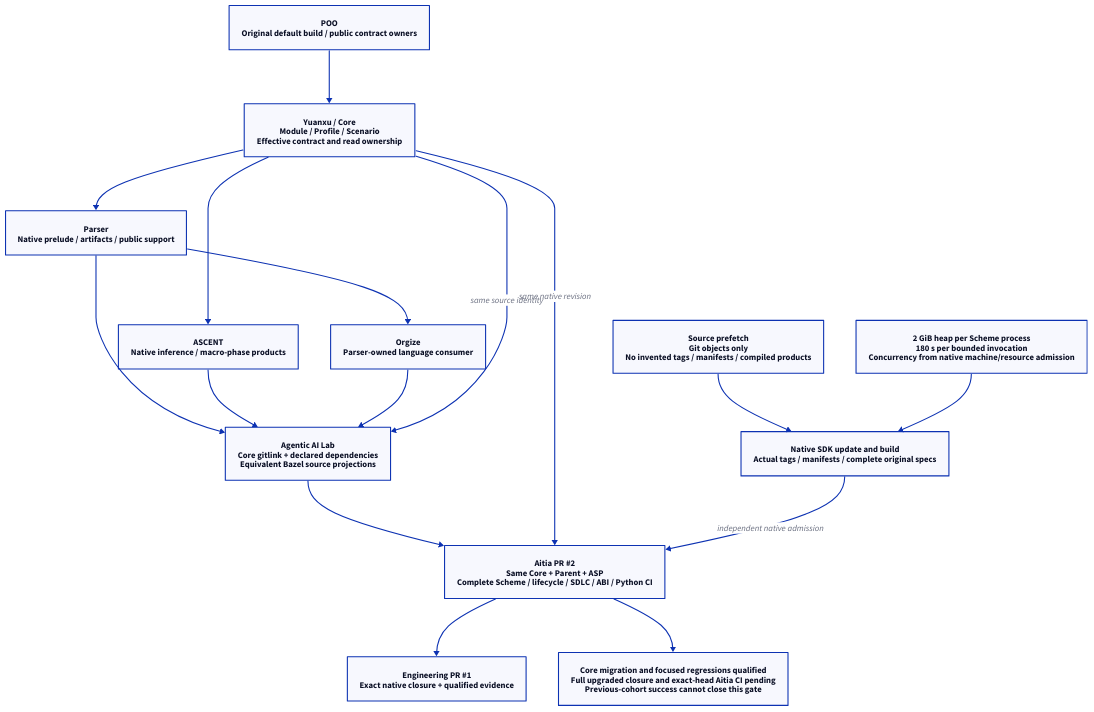
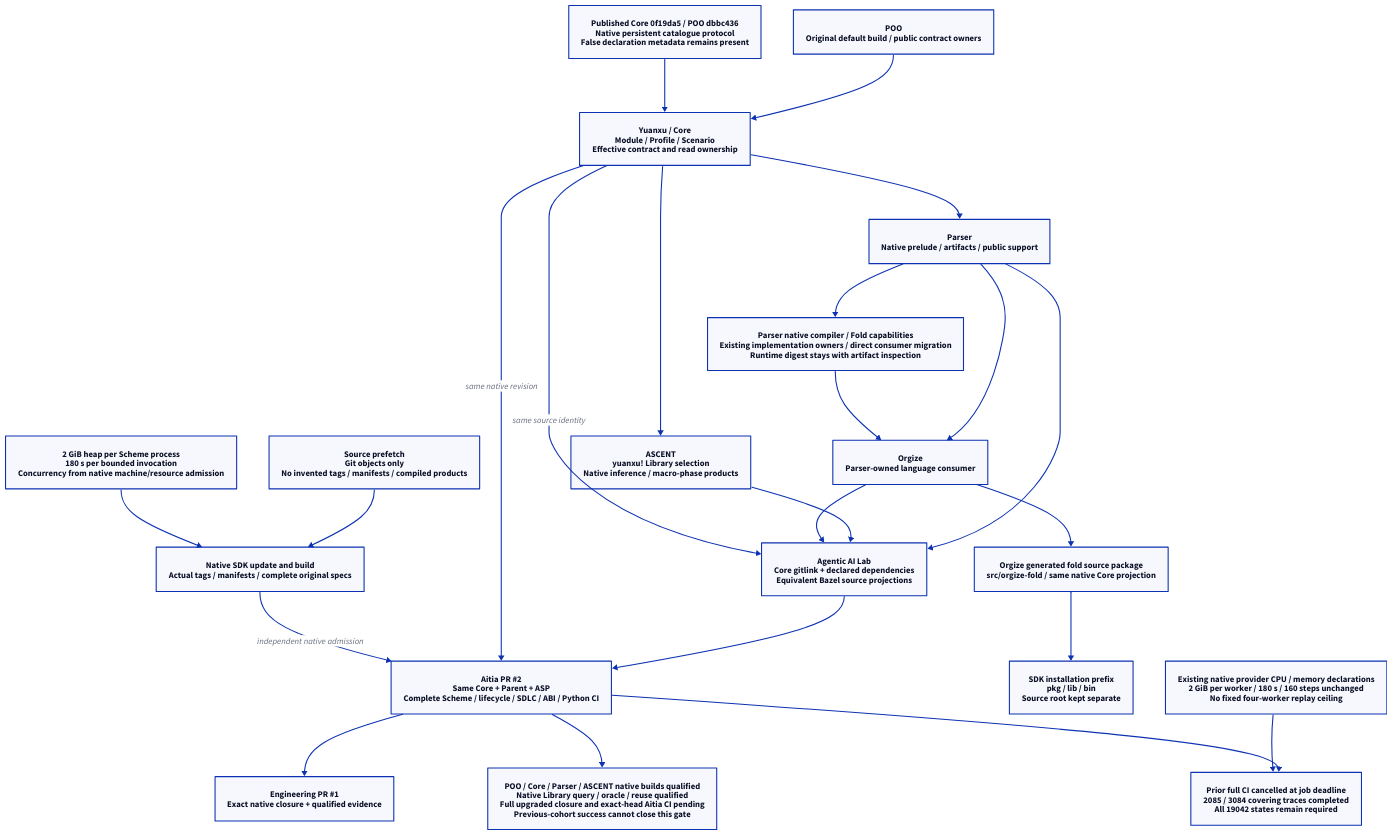
One commit to hardenedlinux/deterministic-engineering changed the diagram in docs/90-99-views/90-architecture-views/90.117-native-dependency-cohort-upgrade.d2. Above: the diagram before and after it, drawn with D2. The commit also changed 7 other files, not shown here.

Commit message:
Document native ASCENT Library ownership, real queries and branch custody

```diff
--- a/docs/90-99-views/90-architecture-views/90.117-native-dependency-cohort-upgrade.d2
+++ b/docs/90-99-views/90-architecture-views/90.117-native-dependency-cohort-upgrade.d2
@@ -1,28 +1,42 @@
 direction: down
 poo: "POO\nOriginal default build / public contract owners"
 core: "Yuanxu / Core\nModule / Profile / Scenario\nEffective contract and read ownership"
 parser: "Parser\nNative prelude / artifacts / public support"
-ascent: "ASCENT\nNative inference / macro-phase products"
+ascent: "ASCENT\nyuanxu! Library selection\nNative inference / macro-phase products"
 orgize: "Orgize\nParser-owned language consumer"
 parent: "Agentic AI Lab\nCore gitlink + declared dependencies\nEquivalent Bazel source projections"
 aitia: "Aitia PR #2\nSame Core + Parent + ASP\nComplete Scheme / lifecycle / SDLC / ABI / Python CI"
 engineering: "Engineering PR #1\nExact native closure + qualified evidence"
 poo -> core
 core -> parser
 core -> ascent
 parser -> orgize
 parser -> parent
 ascent -> parent
 orgize -> parent
 core -> parent: "same source identity"
 parent -> aitia
 core -> aitia: "same native revision"
 aitia -> engineering
 contract: "2 GiB heap per Scheme process\n180 s per bounded invocation\nConcurrency from native machine/resource admission"
 source: "Source prefetch\nGit objects only\nNo invented tags / manifests / compiled products"
 sdk: "Native SDK update and build\nActual tags / manifests / complete original specs"
 source -> sdk
 contract -> sdk
 sdk -> aitia: "independent native admission"
-status: "Core migration and focused regressions qualified\nFull upgraded closure and exact-head Aitia CI pending\nPrevious-cohort success cannot close this gate"
+status: "POO / Core / Parser / ASCENT native builds qualified\nNative Library query / oracle / reuse qualified\nFull upgraded closure and exact-head Aitia CI pending\nPrevious-cohort success cannot close this gate"
 aitia -> status
+
+fold: "Orgize generated fold source package\nsrc/orgize-fold / same native Core projection"
+installed: "SDK installation prefix\npkg / lib / bin\nSource root kept separate"
+orgize -> fold -> installed
+
+catalog: "Published Core 0f19da5 / POO dbbc436\nNative persistent catalogue protocol\nFalse declaration metadata remains present"
+catalog -> core
+replay: "Prior full CI cancelled at job deadline\n2085 / 3084 covering traces completed\nAll 19042 states remain required"
+aitia -> replay
+resources: "Existing native provider CPU / memory declarations\n2 GiB per worker / 180 s / 160 steps unchanged\nNo fixed four-worker replay ceiling"
+resources -> replay
+
+capabilities: "Parser native compiler / Fold capabilities\nExisting implementation owners / direct consumer migration\nRuntime digest stays with artifact inspection"
+parser -> capabilities -> orgize
```
